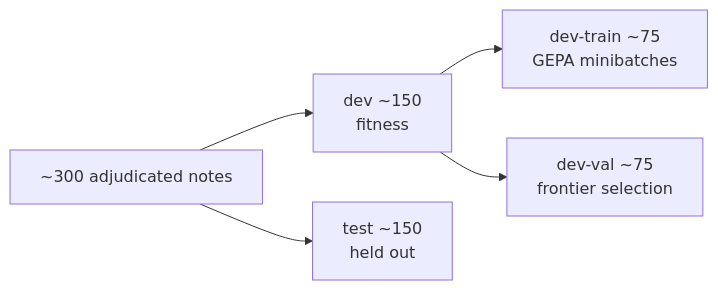
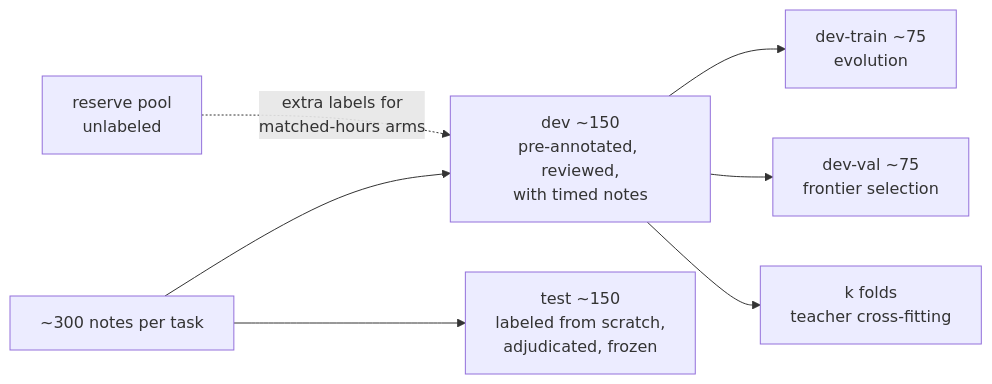
One commit to NUCATS-D3/amber-nlp changed the seventh of 7 diagrams in docs/design/compiled-clinical-ie.md. Above: the diagram before and after it, drawn with Mermaid. The commit also changed other lines of this file, not shown here.

First line of the commit message:
Revise compiled clinical IE design after review, lit search, GEPA recon

````diff
--- a/docs/design/compiled-clinical-ie.md
+++ b/docs/design/compiled-clinical-ie.md
@@ -533,7 +816,9 @@
 ```mermaid
 flowchart LR
-    G["~300 adjudicated notes"] --> D["dev ~150<br/>fitness"]
-    G --> T["test ~150<br/>held out"]
-    D --> DT["dev-train ~75<br/>GEPA minibatches"]
+    G["~300 notes per task"] --> D["dev ~150<br/>pre-annotated, reviewed,<br/>with timed notes"]
+    G --> T["test ~150<br/>labeled from scratch,<br/>adjudicated, frozen"]
+    D --> DT["dev-train ~75<br/>evolution"]
     D --> DV["dev-val ~75<br/>frontier selection"]
+    D --> F["k folds<br/>teacher cross-fitting"]
+    RP["reserve pool<br/>unlabeled"] -. "extra labels for<br/>matched-hours arms" .-> D
 ```
````
